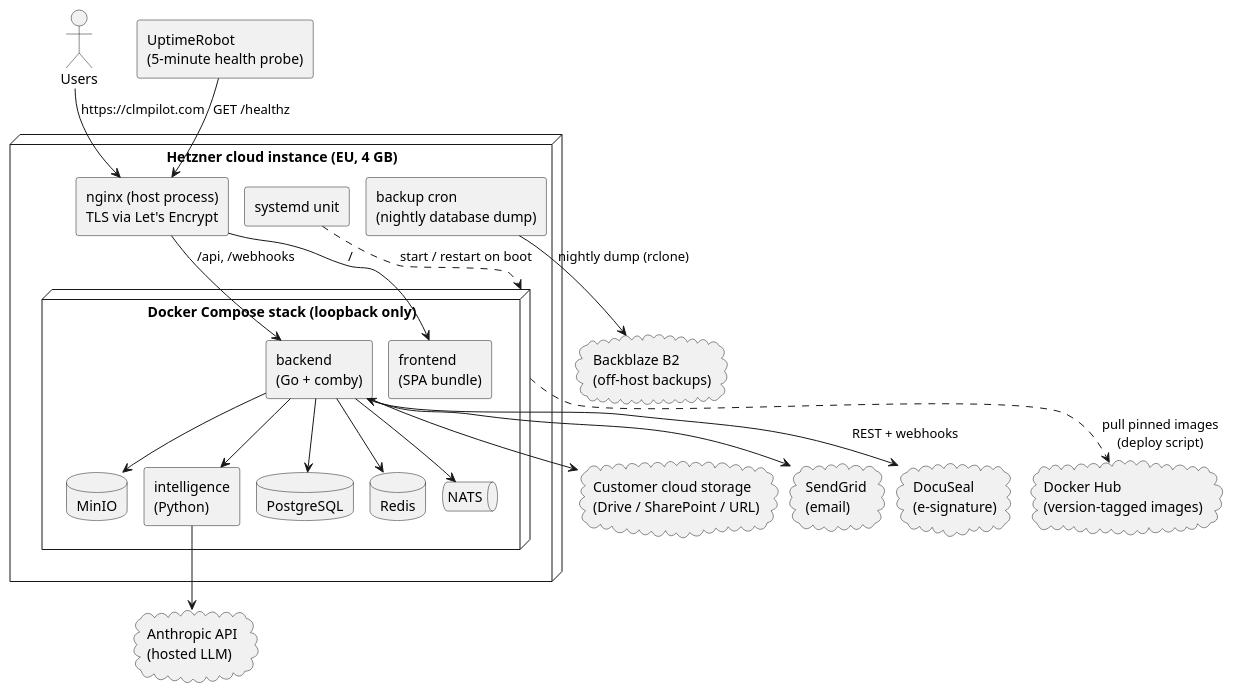
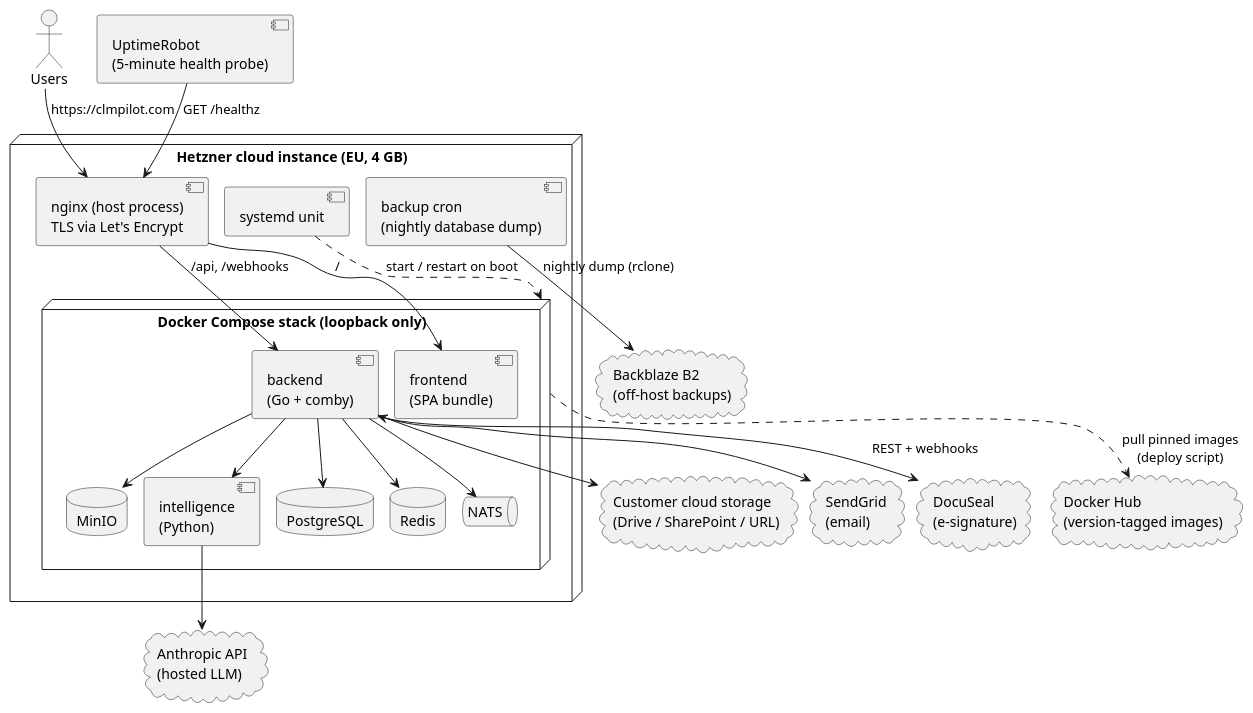
Before and after one commit to idris-saddi/pfe-report: the diagram in report/Chapter4/figures/production-topology.puml, drawn with PlantUML. The commit also changed 16 other files, not shown here.

Commit message:
refactor: update PlantUML configurations for improved clarity and rendering across multiple figures

```diff
--- a/report/Chapter4/figures/production-topology.puml
+++ b/report/Chapter4/figures/production-topology.puml
@@ -1,57 +1,56 @@
 @startuml production-topology
 '==============================================================================
 ' Figure (Chapter IV, Production deployment and release operations): the
 ' realised production topology. Single EU-hosted machine, host nginx + TLS,
 ' systemd-managed Docker Compose stack bound to loopback, nightly off-host
 ' backups, version-tagged images pulled from the registry, and the external
 ' services behind named interfaces.
 ' Render:  plantuml -tsvg production-topology.puml  then  rsvg-convert -f pdf
 '==============================================================================
 skinparam shadowing false
 skinparam defaultFontName Helvetica
-skinparam componentStyle rectangle
 skinparam ranksep 22
 skinparam nodesep 16
 
 actor "Users" as u
 component "UptimeRobot\n(5-minute health probe)" as up
 
 node "Hetzner cloud instance (EU, 4 GB)" as host {
   component "nginx (host process)\nTLS via Let's Encrypt" as nginx
   component "systemd unit" as sysd
   node "Docker Compose stack (loopback only)" as stack {
     component "frontend\n(SPA bundle)" as fe
     component "backend\n(Go + comby)" as be
     component "intelligence\n(Python)" as intel
     database "PostgreSQL" as pg
     database "Redis" as redis
     queue "NATS" as nats
     database "MinIO" as minio
   }
   component "backup cron\n(nightly database dump)" as bk
 }
 
 cloud "Docker Hub\n(version-tagged images)" as hub
 cloud "Backblaze B2\n(off-host backups)" as b2
 cloud "SendGrid\n(email)" as sg
 cloud "DocuSeal\n(e-signature)" as dsl
 cloud "Customer cloud storage\n(Drive / SharePoint / URL)" as cs
 cloud "Anthropic API\n(hosted LLM)" as llm
 
 u --> nginx : https://clmpilot.com
 up --> nginx : GET /healthz
 nginx --> fe : /
 nginx --> be : /api, /webhooks
 sysd ..> stack : start / restart on boot
 stack ..> hub : pull pinned images\n(deploy script)
 bk --> b2 : nightly dump (rclone)
 be --> intel
 be --> pg
 be --> redis
 be --> nats
 be --> minio
 be --> sg
 be <--> dsl : REST + webhooks
 be --> cs
 intel --> llm
 @enduml
```
